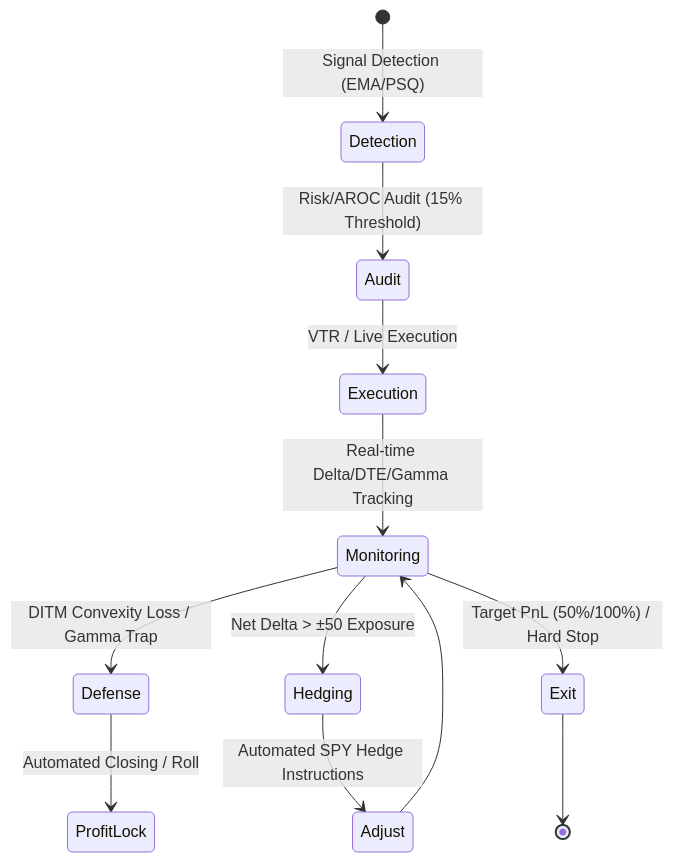
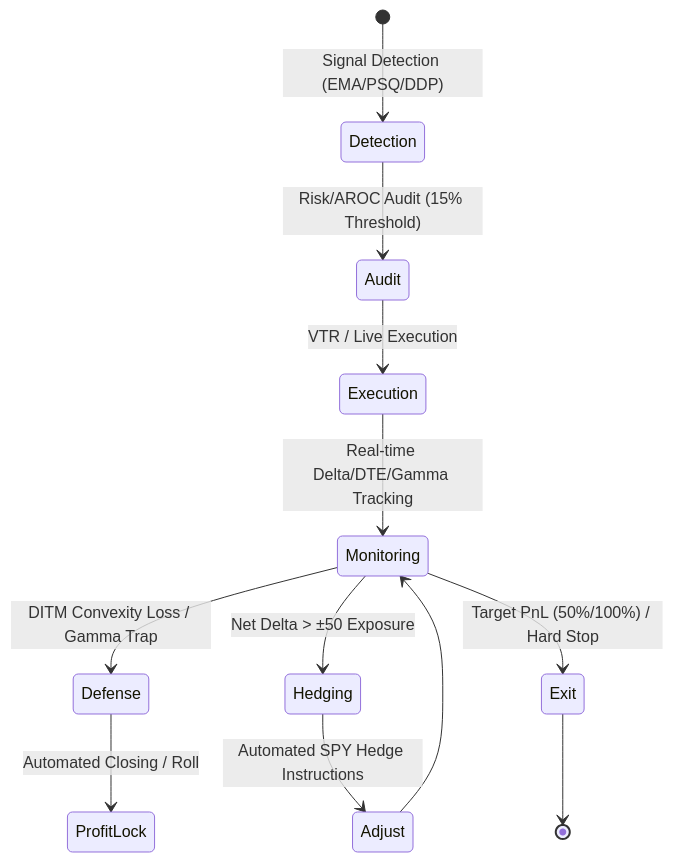
One commit to cosmo-chang-1701/nexus-seeker changed the second of 2 diagrams in README.md. Above: the diagram before and after it, drawn with Mermaid. The commit also changed other lines of this file and 1 other file, not shown here.

Commit message:
docs: update README and AGENTS with DDP engine and testing mandates

````diff
--- a/README.md
+++ b/README.md
@@ -107,14 +109,14 @@
 ```mermaid
 stateDiagram-v2
-    [*] --> Detection: Signal Detection (EMA/PSQ)
+    [*] --> Detection: Signal Detection (EMA/PSQ/DDP)
     Detection --> Audit: Risk/AROC Audit (15% Threshold)
     Audit --> Execution: VTR / Live Execution
     Execution --> Monitoring: Real-time Delta/DTE/Gamma Tracking
     Monitoring --> Defense: DITM Convexity Loss / Gamma Trap
     Monitoring --> Hedging: Net Delta > ±50 Exposure
     Defense --> ProfitLock: Automated Closing / Roll
     Hedging --> Adjust: Automated SPY Hedge Instructions
     Adjust --> Monitoring
     Monitoring --> Exit: Target PnL (50%/100%) / Hard Stop
     Exit --> [*]
 ```
````
